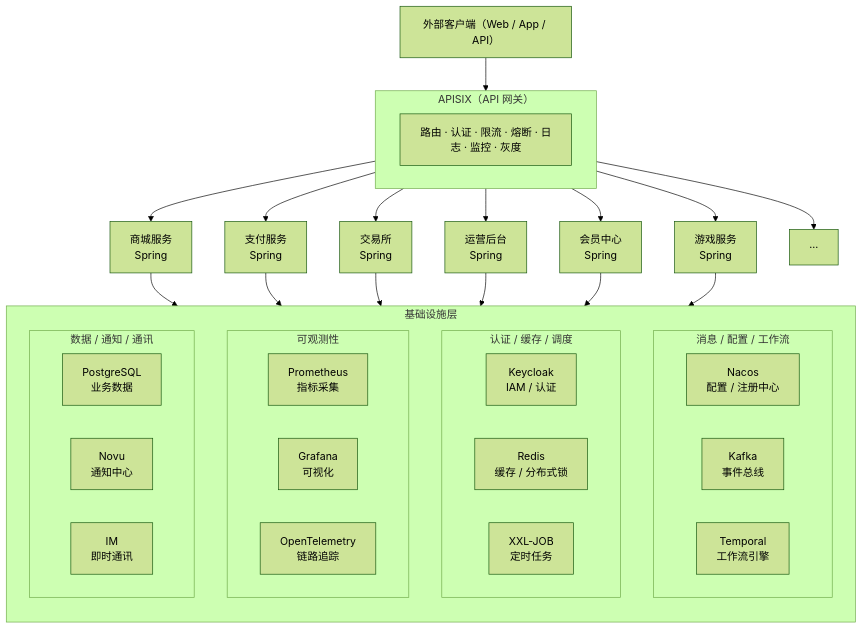
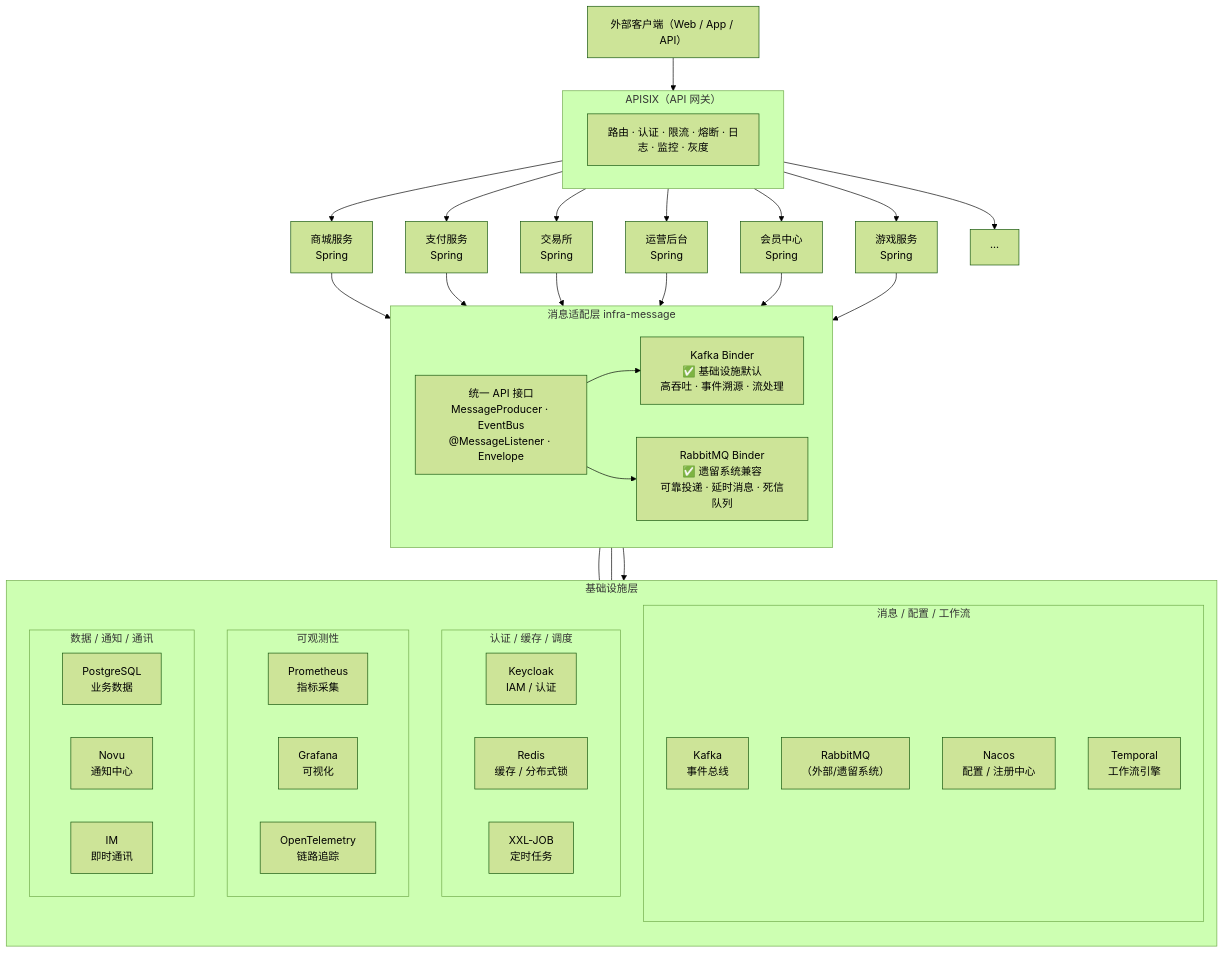
The first of 2 diagrams in docs/architecture.md (Skyler-May/microservices), drawn with Mermaid (forest theme) before and after one commit. The commit also changed other lines of this file and 20 other files, not shown here.

First line of the commit message:
feat(infra): 新增消息适配层，移除 RabbitMQ 基础设施

````diff
--- a/docs/architecture.md
+++ b/docs/architecture.md
@@ -3,48 +5,64 @@
 ```mermaid
 flowchart TD
     Client["外部客户端（Web / App / API）"]
 
     Client --> APISIX
 
     subgraph APISIX["APISIX（API 网关）"]
         GW["路由 · 认证 · 限流 · 熔断 · 日志 · 监控 · 灰度"]
     end
 
     APISIX --> S1["商城服务\nSpring"]
     APISIX --> S2["支付服务\nSpring"]
     APISIX --> S3["交易所\nSpring"]
     APISIX --> S4["运营后台\nSpring"]
     APISIX --> S5["会员中心\nSpring"]
     APISIX --> S6["游戏服务\nSpring"]
     APISIX --> S7["···"]
 
-    S1 & S2 & S3 & S4 & S5 & S6 --> INFRA
+    %% 业务服务通过消息适配层与基础设施通信
+    S1 & S2 & S3 & S4 & S5 & S6 --> ADAPTER
+
+    subgraph ADAPTER["消息适配层 infra-message"]
+        direction LR
+        API["统一 API 接口\nMessageProducer · EventBus\n@MessageListener · Envelope"]
+        KAFKA_BINDER["Kafka Binder\n✅ 基础设施默认\n高吞吐 · 事件溯源 · 流处理"]
+        RABBIT_BINDER["RabbitMQ Binder\n✅ 遗留系统兼容\n可靠投递 · 延时消息 · 死信队列"]
+        API --> KAFKA_BINDER
+        API --> RABBIT_BINDER
+    end
+
+    KAFKA_BINDER --- KAFKA_BROKER
+    RABBIT_BINDER --- RABBIT_BROKER
+
+    ADAPTER --> INFRA
 
     subgraph INFRA["基础设施层"]
         direction TB
 
         subgraph MSG["消息 / 配置 / 工作流"]
             Nacos["Nacos\n配置 / 注册中心"]
-            Kafka["Kafka\n事件总线"]
+            KAFKA_BROKER["Kafka\n事件总线"]
+            RABBIT_BROKER["RabbitMQ\n（外部/遗留系统）"]
             Temporal["Temporal\n工作流引擎"]
         end
 
         subgraph CACHE["认证 / 缓存 / 调度"]
             Keycloak["Keycloak\nIAM / 认证"]
             Redis["Redis\n缓存 / 分布式锁"]
             XXLJOB["XXL-JOB\n定时任务"]
         end
 
         subgraph OBS["可观测性"]
             Prometheus["Prometheus\n指标采集"]
             Grafana["Grafana\n可视化"]
             OTel["OpenTelemetry\n链路追踪"]
         end
 
         subgraph DATA["数据 / 通知 / 通讯"]
             PG["PostgreSQL\n业务数据"]
             Novu["Novu\n通知中心"]
-            IM["IM \n即时通讯"]
+            IM["IM\n即时通讯"]
         end
     end
 ```
````
